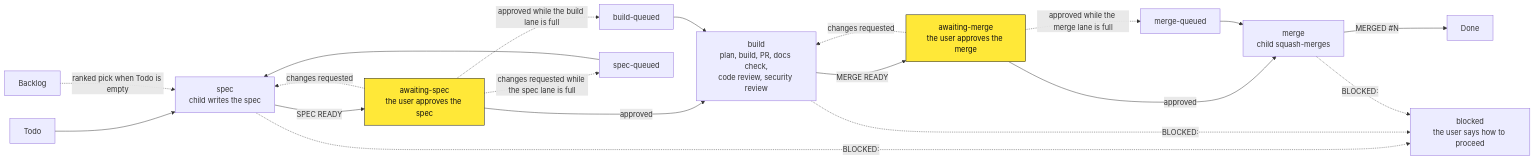
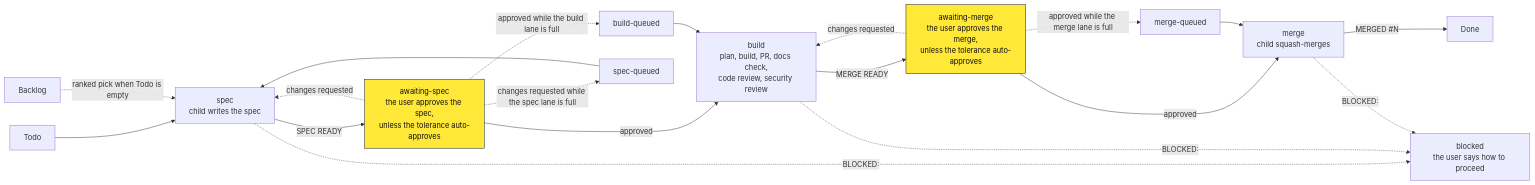
Before and after one commit to collective-wisdom-org/collective-wisdom: the second of 2 diagrams in agent-team/docs/agents/org-chart.md, drawn with Mermaid. The commit also changed other lines of this file and 1 other file, not shown here.

Commit message:
docs: bring docs in line with CW-108

````diff
--- a/agent-team/docs/agents/org-chart.md
+++ b/agent-team/docs/agents/org-chart.md
@@ -62,22 +62,22 @@
 ```mermaid
 flowchart LR
     Todo["Todo"] --> Spec["spec<br/>child writes the spec"]
     Backlog["Backlog"] -. "ranked pick when Todo is empty" .-> Spec
-    Spec -- "SPEC READY" --> AS["awaiting-spec<br/>the user approves the spec"]
+    Spec -- "SPEC READY" --> AS["awaiting-spec<br/>the user approves the spec,<br/>unless the tolerance auto-approves"]
     AS -- "approved" --> Build["build<br/>plan, build, PR, docs check,<br/>code review, security review"]
-    Build -- "MERGE READY" --> AM["awaiting-merge<br/>the user approves the merge"]
+    Build -- "MERGE READY" --> AM["awaiting-merge<br/>the user approves the merge,<br/>unless the tolerance auto-approves"]
     AM -- "approved" --> Merge["merge<br/>child squash-merges"]
     AS -. "approved while the build lane is full" .-> BQ["build-queued"] --> Build
     AM -. "approved while the merge lane is full" .-> MQ["merge-queued"] --> Merge
     Merge -- "MERGED #35;N" --> Done["Done"]
 
     AS -. "changes requested" .-> Spec
     AS -. "changes requested while the spec lane is full" .-> SQ["spec-queued"] --> Spec
     AM -. "changes requested" .-> Build
     Spec -. "BLOCKED:" .-> Blocked["blocked<br/>the user says how to proceed"]
     Build -. "BLOCKED:" .-> Blocked
     Merge -. "BLOCKED:" .-> Blocked
 
     classDef gate fill:#ffe838,color:#0f0f11,stroke:#0f0f11
     class AS,AM gate
 ```
````
